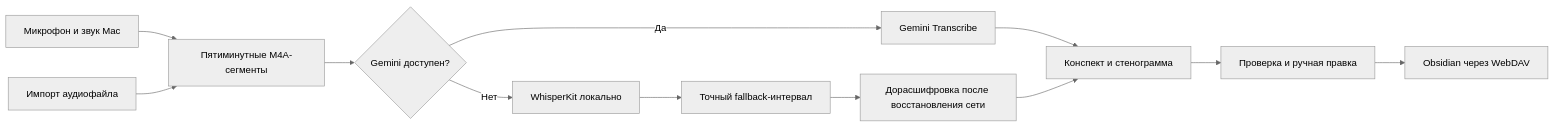
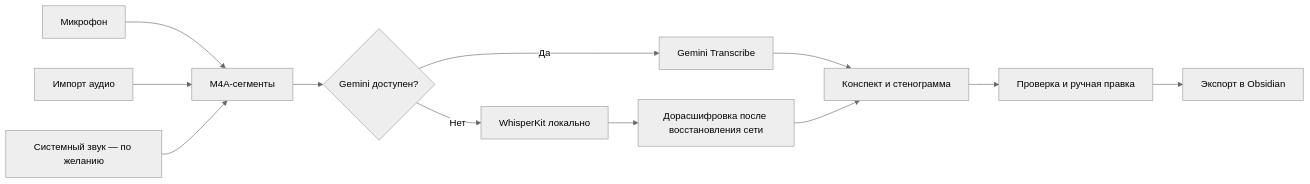
One commit to Sppqq/whisp changed the diagram in README.md. Above: the diagram before and after it, drawn with Mermaid (neutral theme). The commit also changed other lines of this file, not shown here.

````diff
--- a/README.md
+++ b/README.md
@@ -31,14 +54,14 @@
 ```mermaid
 flowchart LR
-    A[Микрофон и звук Mac] --> B[Пятиминутные M4A-сегменты]
-    I[Импорт аудиофайла] --> B
-    B --> C{Gemini доступен?}
-    C -->|Да| D[Gemini Transcribe]
-    C -->|Нет| E[WhisperKit локально]
-    E --> F[Точный fallback-интервал]
+    A[Микрофон] --> C[M4A-сегменты]
+    B[Импорт аудио] --> C
+    S[Системный звук — по желанию] --> C
+    C --> D{Gemini доступен?}
+    D -->|Да| E[Gemini Transcribe]
+    D -->|Нет| F[WhisperKit локально]
     F --> G[Дорасшифровка после восстановления сети]
-    D --> H[Конспект и стенограмма]
+    E --> H[Конспект и стенограмма]
     G --> H
-    H --> J[Проверка и ручная правка]
-    J --> K[Obsidian через WebDAV]
+    H --> I[Проверка и ручная правка]
+    I --> J[Экспорт в Obsidian]
 ```
````
